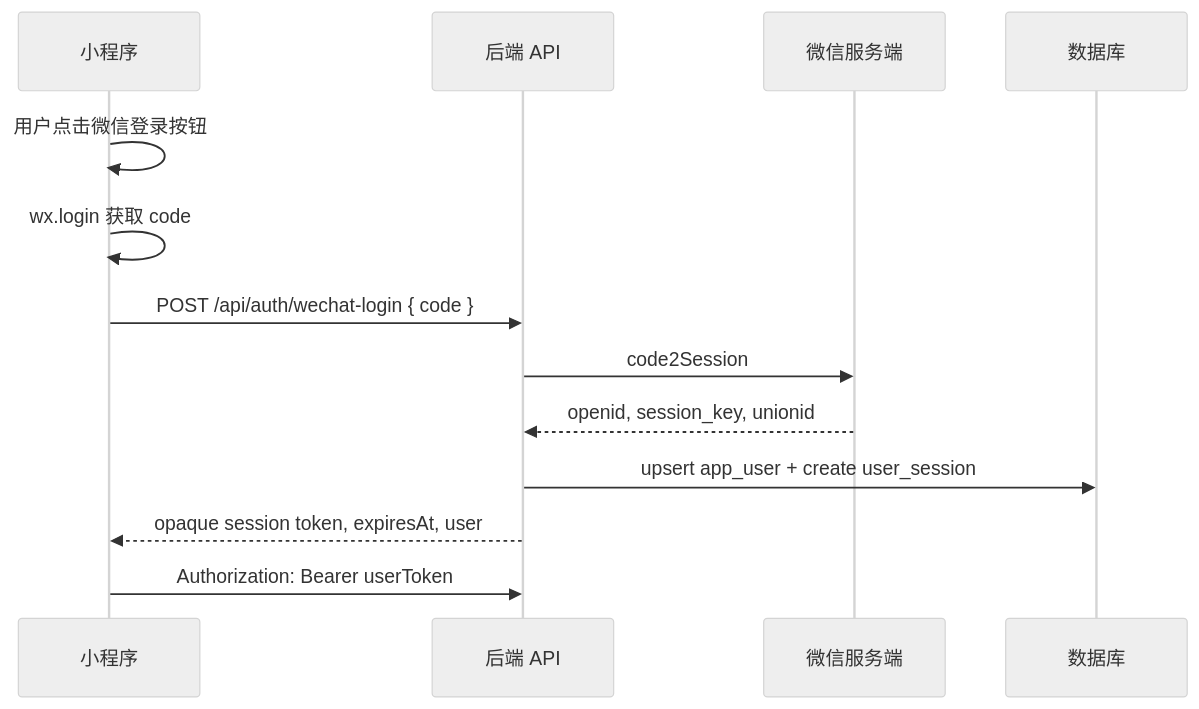
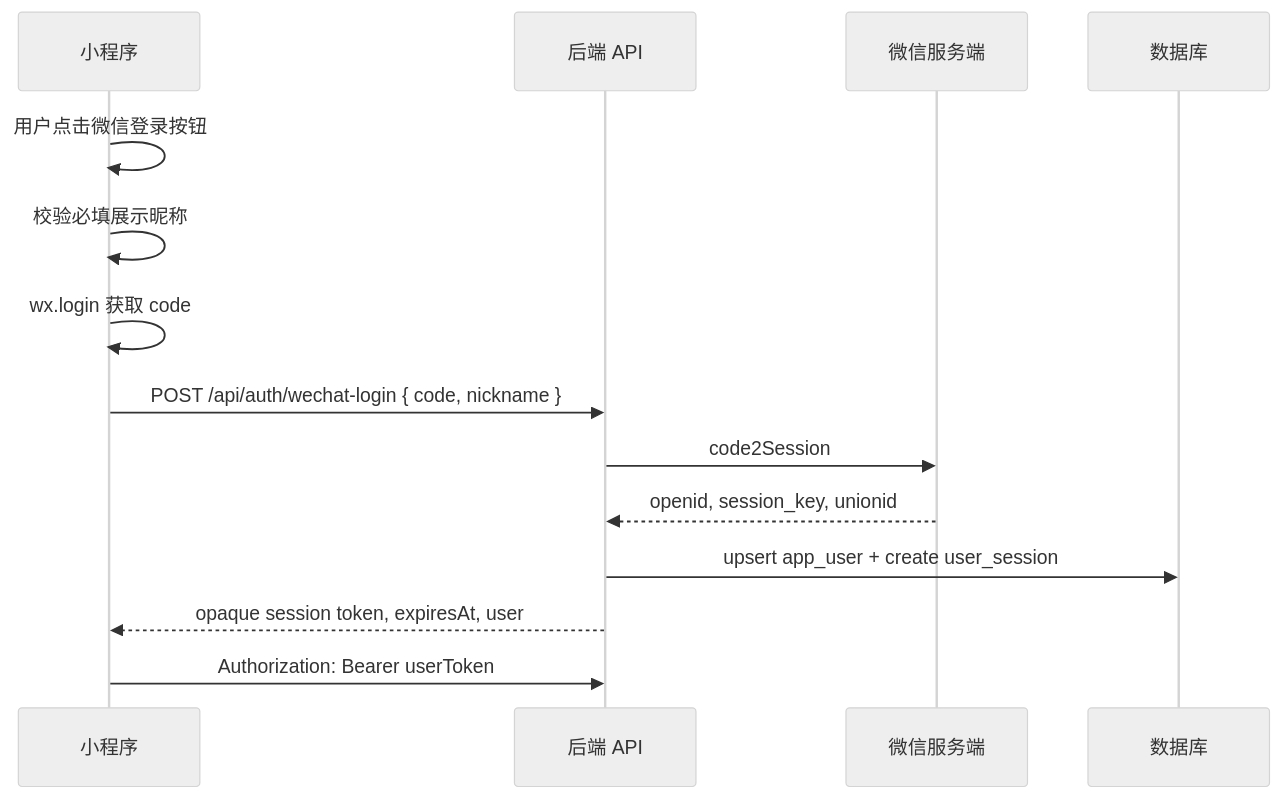
Before and after one commit to HuangLA/mrjz-app: the second of 3 diagrams in docs/TECHNICAL_DESIGN.md, drawn with Mermaid (neutral theme). The commit also changed other lines of this file and 7 other files, not shown here.

Commit message:
Require user nickname for WeChat login

````diff
--- a/docs/TECHNICAL_DESIGN.md
+++ b/docs/TECHNICAL_DESIGN.md
@@ -180,16 +180,17 @@
 ```mermaid
 sequenceDiagram
   participant MP as 小程序
   participant API as 后端 API
   participant WX as 微信服务端
   participant DB as 数据库
 
   MP->>MP: 用户点击微信登录按钮
+  MP->>MP: 校验必填展示昵称
   MP->>MP: wx.login 获取 code
-  MP->>API: POST /api/auth/wechat-login { code }
+  MP->>API: POST /api/auth/wechat-login { code, nickname }
   API->>WX: code2Session
   WX-->>API: openid, session_key, unionid
   API->>DB: upsert app_user + create user_session
   API-->>MP: opaque session token, expiresAt, user
   MP->>API: Authorization: Bearer userToken
 ```
````
